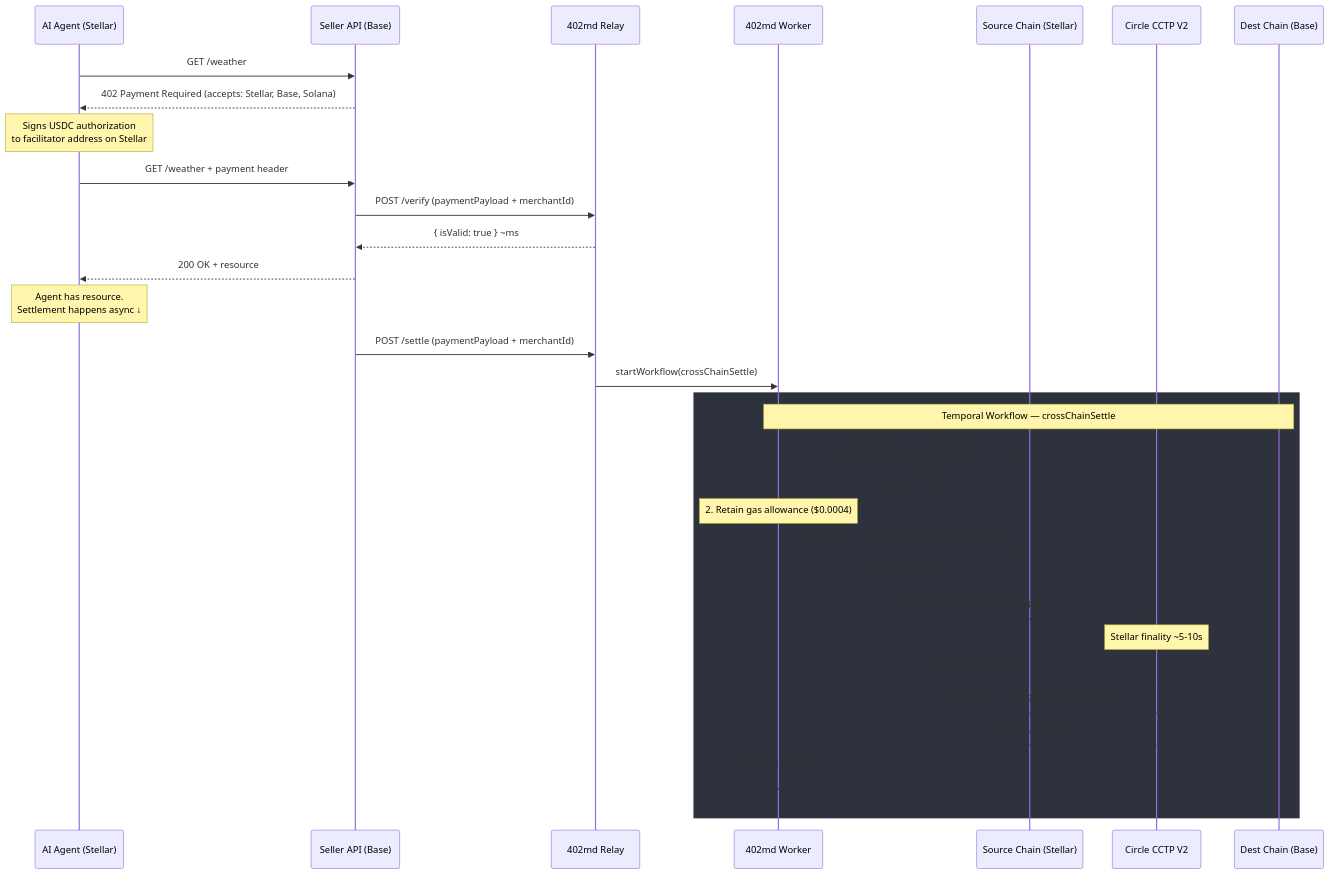
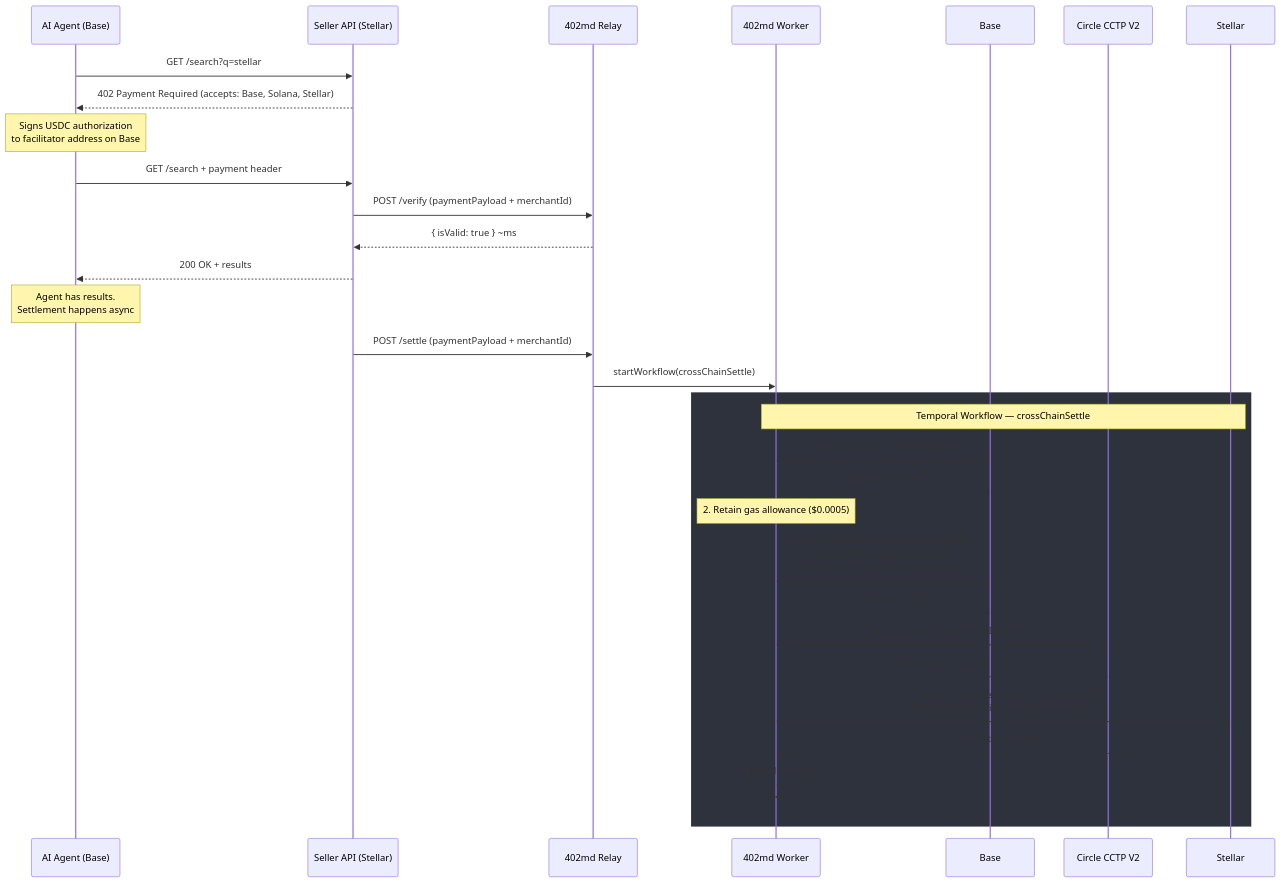
The third of 5 diagrams in README.md (402md/facilitator), drawn with Mermaid before and after one commit. The commit also changed other lines of this file, not shown here.

Commit message:
docs: update README with current architecture and endpoints

````diff
--- a/README.md
+++ b/README.md
@@ -56,40 +64,39 @@
 ```mermaid
 sequenceDiagram
-    participant Agent as AI Agent (Stellar)
-    participant Seller as Seller API (Base)
+    participant Agent as AI Agent (Base)
+    participant Seller as Seller API (Stellar)
     participant Relay as 402md Relay
     participant Worker as 402md Worker
-    participant Source as Source Chain (Stellar)
+    participant Source as Base
     participant CCTP as Circle CCTP V2
-    participant Dest as Dest Chain (Base)
+    participant Dest as Stellar
 
-    Agent->>Seller: GET /weather
-    Seller-->>Agent: 402 Payment Required (accepts: Stellar, Base, Solana)
+    Agent->>Seller: GET /search?q=stellar
+    Seller-->>Agent: 402 Payment Required (accepts: Base, Solana, Stellar)
 
-    Note over Agent: Signs USDC authorization<br/>to facilitator address on Stellar
+    Note over Agent: Signs USDC authorization<br/>to facilitator address on Base
 
-    Agent->>Seller: GET /weather + payment header
+    Agent->>Seller: GET /search + payment header
     Seller->>Relay: POST /verify (paymentPayload + merchantId)
     Relay-->>Seller: { isValid: true } ~ms
-    Seller-->>Agent: 200 OK + resource
+    Seller-->>Agent: 200 OK + results
 
-    Note over Agent: Agent has resource.<br/>Settlement happens async ↓
+    Note over Agent: Agent has results.<br/>Settlement happens async
 
     Seller->>Relay: POST /settle (paymentPayload + merchantId)
     Relay->>Worker: startWorkflow(crossChainSettle)
 
     rect rgb(45, 50, 60)
         Note over Worker,Dest: Temporal Workflow — crossChainSettle
         Worker->>Source: 1. pullFromBuyer — $1.00 USDC
-        Source-->>Worker: ✓ pull tx confirmed
-        Note over Worker: 2. Retain gas allowance ($0.0004)
-        Worker->>Source: 3. CCTP burn — $0.9996 (mintRecipient = seller)
-        Source-->>Worker: ✓ burn tx confirmed
-        Worker->>CCTP: 4. waitAttestation (poll Circle API)
-        Note over CCTP: Stellar finality ~5-10s
-        CCTP-->>Worker: ✓ attestation received
-        Worker->>Dest: 5. CCTP mint — $0.9996 to seller on Base
-        Dest-->>Worker: ✓ mint tx confirmed
+        Source-->>Worker: pull tx confirmed
+        Note over Worker: 2. Retain gas allowance ($0.0005)
+        Worker->>Source: 3. depositForBurnWithHook — $0.9995<br/>(mintRecipient = CctpForwarder,<br/>hookData = seller's Stellar address)
+        Source-->>Worker: burn tx confirmed
+        Worker->>CCTP: 4. waitAttestation (poll Circle Iris API)
+        CCTP-->>Worker: attestation received
+        Worker->>Dest: 5. receive_message on MessageTransmitter<br/>CctpForwarder mints + forwards to seller
+        Dest-->>Worker: mint tx confirmed
         Worker->>Worker: 6. Record in ledger
     end
 ```
````
